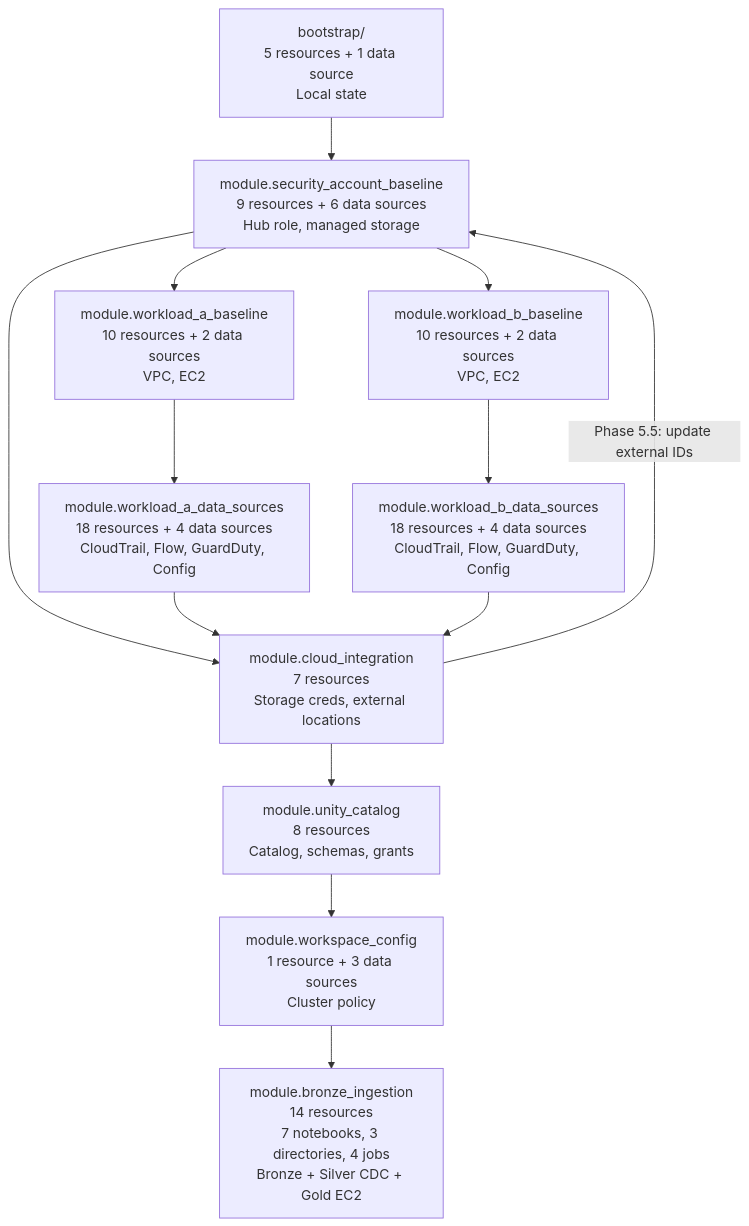
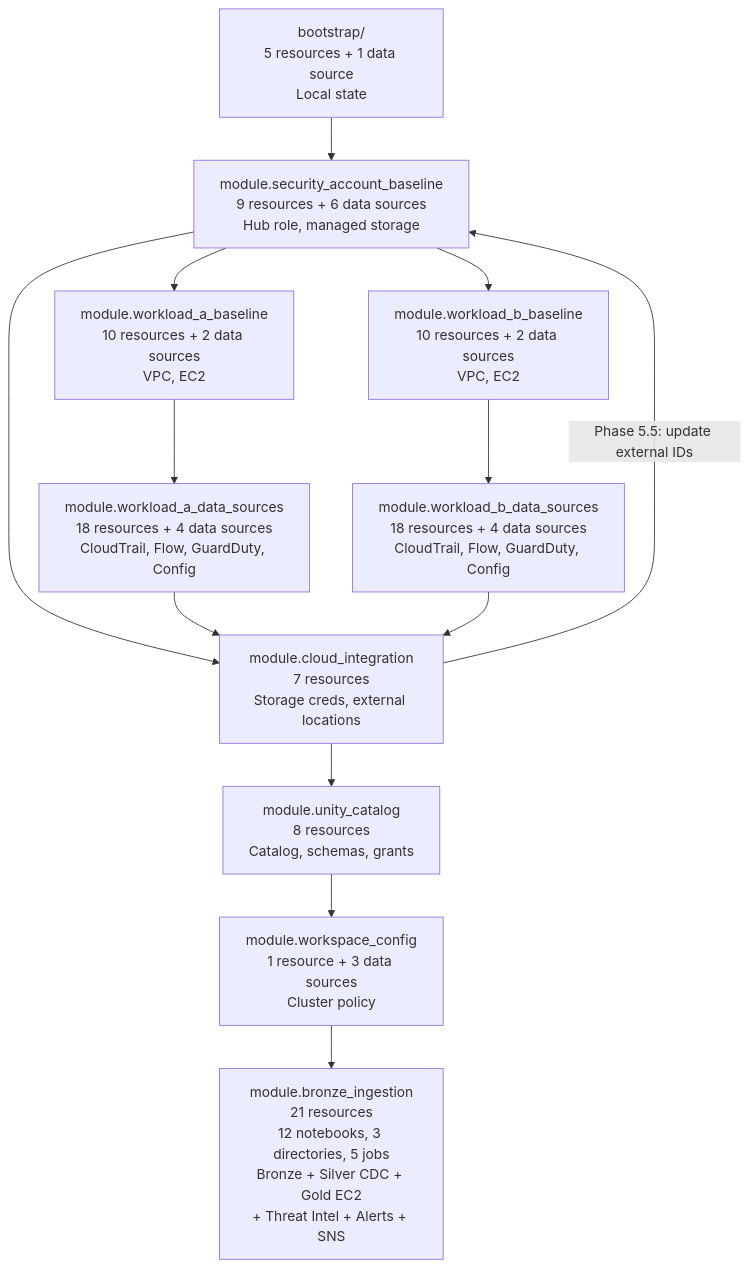
One commit to snk5125/security-data-platform changed the fourth of 4 diagrams in architecture_diagram.md. Above: the diagram before and after it, drawn with Mermaid. The commit also changed other lines of this file and 68 other files, not shown here.

First line of the commit message:
Restructure to multi-root Terraform architecture

````diff
--- a/architecture_diagram.md
+++ b/architecture_diagram.md
@@ -246,32 +284,32 @@
 ```mermaid
 graph TD
     BOOT["bootstrap/<br/>5 resources + 1 data source<br/>Local state"]
 
     SAB["module.security_account_baseline<br/>9 resources + 6 data sources<br/>Hub role, managed storage"]
 
     WAB["module.workload_a_baseline<br/>10 resources + 2 data sources<br/>VPC, EC2"]
 
     WBB["module.workload_b_baseline<br/>10 resources + 2 data sources<br/>VPC, EC2"]
 
     WADS["module.workload_a_data_sources<br/>18 resources + 4 data sources<br/>CloudTrail, Flow, GuardDuty, Config"]
 
     WBDS["module.workload_b_data_sources<br/>18 resources + 4 data sources<br/>CloudTrail, Flow, GuardDuty, Config"]
 
     CI["module.cloud_integration<br/>7 resources<br/>Storage creds, external locations"]
 
     UC["module.unity_catalog<br/>8 resources<br/>Catalog, schemas, grants"]
 
     WC["module.workspace_config<br/>1 resource + 3 data sources<br/>Cluster policy"]
 
-    BI["module.bronze_ingestion<br/>14 resources<br/>7 notebooks, 3 directories, 4 jobs<br/>Bronze + Silver CDC + Gold EC2"]
+    BI["module.bronze_ingestion<br/>21 resources<br/>12 notebooks, 3 directories, 5 jobs<br/>Bronze + Silver CDC + Gold EC2<br/>+ Threat Intel + Alerts + SNS"]
 
     BOOT --> SAB
     SAB --> WAB & WBB
     WAB --> WADS
     WBB --> WBDS
     SAB & WADS & WBDS --> CI
     CI -->|"Phase 5.5: update external IDs"| SAB
     CI --> UC
     UC --> WC
     WC --> BI
 ```
````
